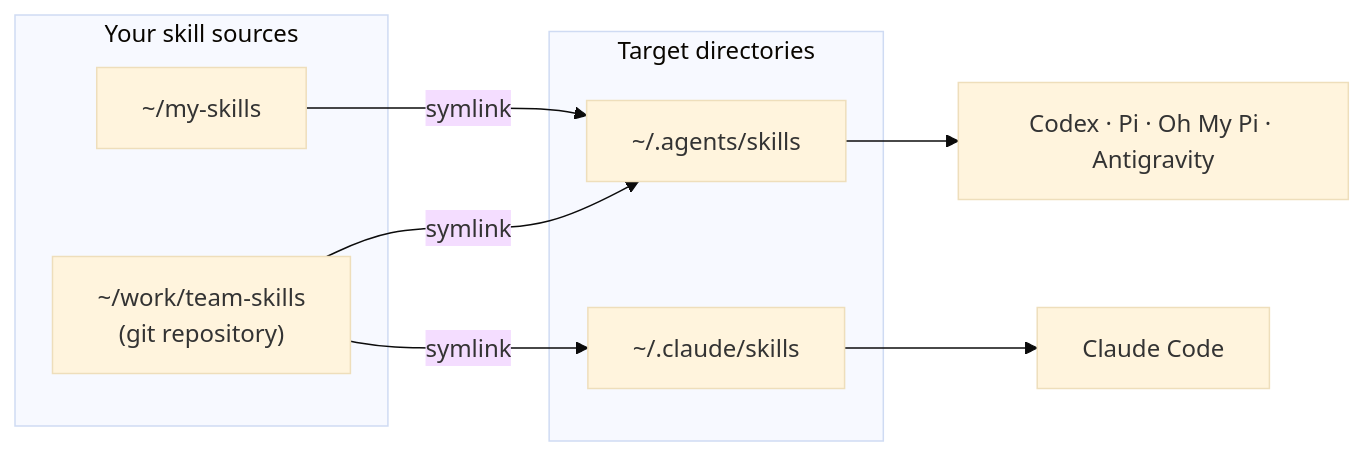
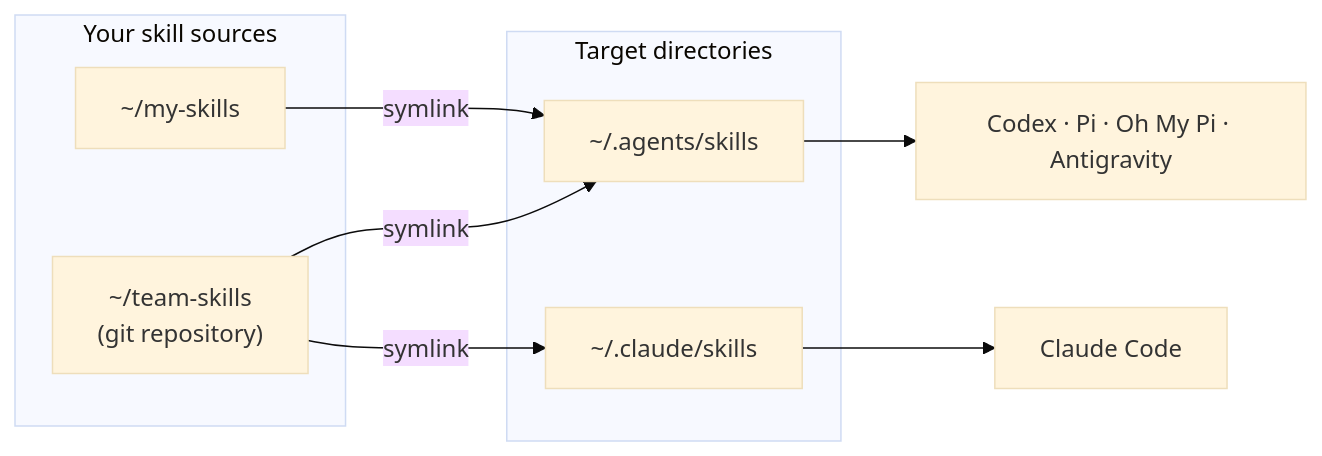
Before and after one commit to LucasLan666666/paseo-skill-hub: the diagram in README.md, drawn with Mermaid (base theme). The commit also changed other lines of this file and 3 other files, not shown here.

````diff
--- a/README.md
+++ b/README.md
@@ -29,16 +43,16 @@
 ```mermaid
 flowchart LR
   subgraph S["Your skill sources"]
-    A["~/work/team-skills<br/>(git repository)"]
+    A["~/team-skills<br/>(git repository)"]
     B["~/my-skills"]
   end
   subgraph T["Target directories"]
     T1["~/.agents/skills"]
     T2["~/.claude/skills"]
   end
   A -- symlink --> T1
   A -- symlink --> T2
   B -- symlink --> T1
   T1 --> R1["Codex · Pi · Oh My Pi · Antigravity"]
   T2 --> R2["Claude Code"]
 ```
````
